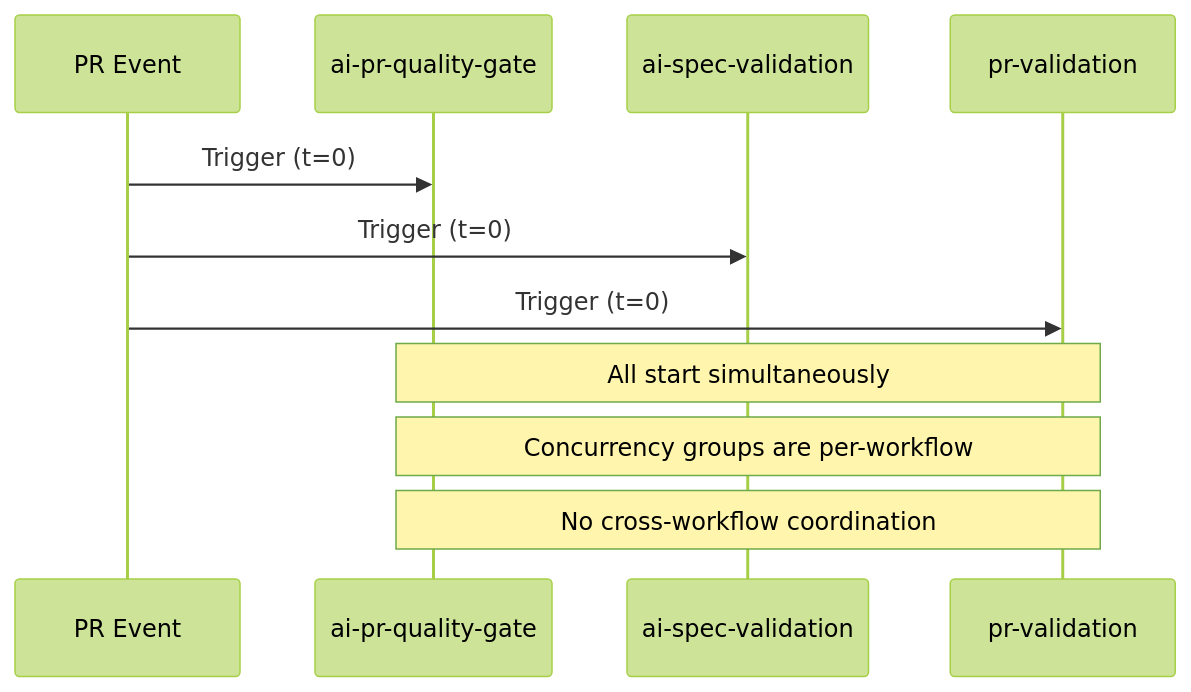
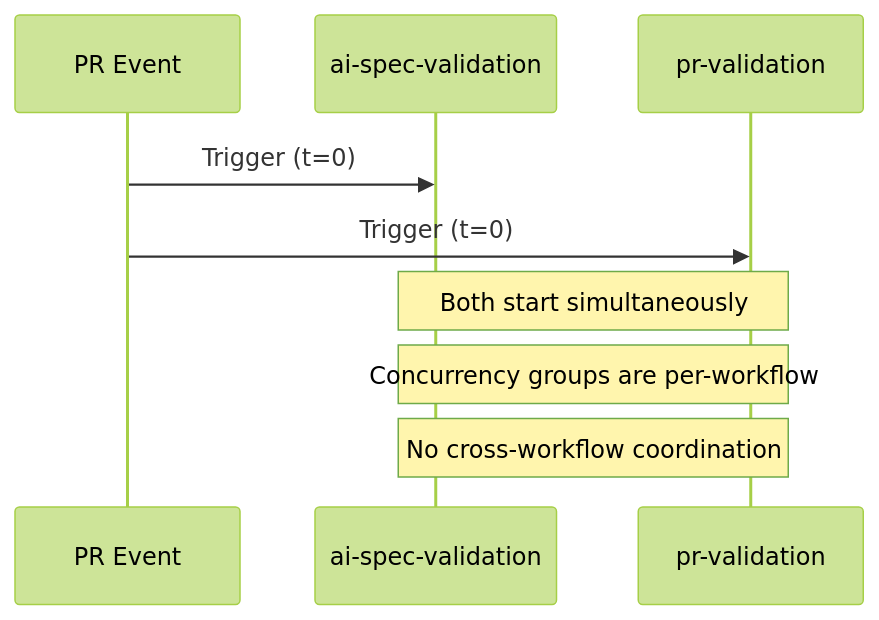
The sixth of 6 diagrams in .github/AGENTS.md (rjmurillo/ai-agents), drawn with Mermaid (forest theme) before and after one commit. The commit also changed other lines of this file, not shown here.

First line of the commit message:
docs(github): remove retired workflow references

````diff
--- a/.github/AGENTS.md
+++ b/.github/AGENTS.md
@@ -561,14 +430,12 @@
 ```mermaid
 sequenceDiagram
     participant PR as PR Event
-    participant QG as ai-pr-quality-gate
     participant SV as ai-spec-validation
     participant PV as pr-validation
 
-    PR->>QG: Trigger (t=0)
     PR->>SV: Trigger (t=0)
     PR->>PV: Trigger (t=0)
-    Note over QG,PV: All start simultaneously
-    Note over QG,PV: Concurrency groups are per-workflow
-    Note over QG,PV: No cross-workflow coordination
+    Note over SV,PV: Both start simultaneously
+    Note over SV,PV: Concurrency groups are per-workflow
+    Note over SV,PV: No cross-workflow coordination
 ```
````
